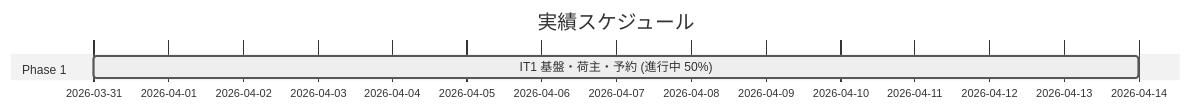
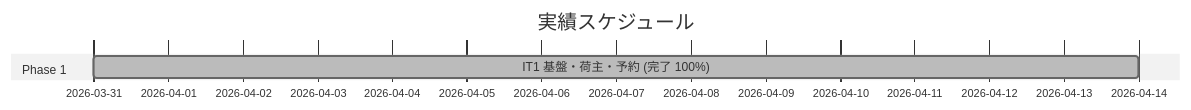
One commit to k2works/case-study-cargo-tracker changed the second of 3 diagrams in docs/development/release_plan.md. Above: the diagram before and after it, drawn with Mermaid (neutral theme). The commit also changed other lines of this file and 31 other files, not shown here.

````diff
--- a/docs/development/release_plan.md
+++ b/docs/development/release_plan.md
@@ -162,8 +162,8 @@
 ```mermaid
 gantt
     title 実績スケジュール
     dateFormat  YYYY-MM-DD
     section Phase 1
-    IT1 基盤・荷主・予約 (進行中 50%)  :active, it1a, 2026-03-31, 14d
+    IT1 基盤・荷主・予約 (完了 100%)   :done, it1a, 2026-03-31, 14d
     section Phase 2
 ```
````
